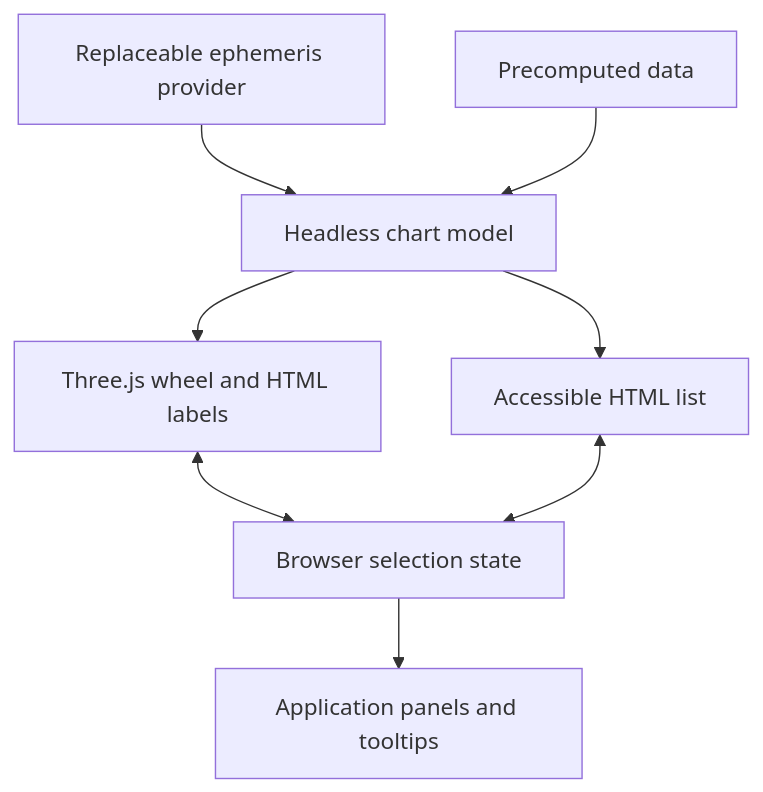
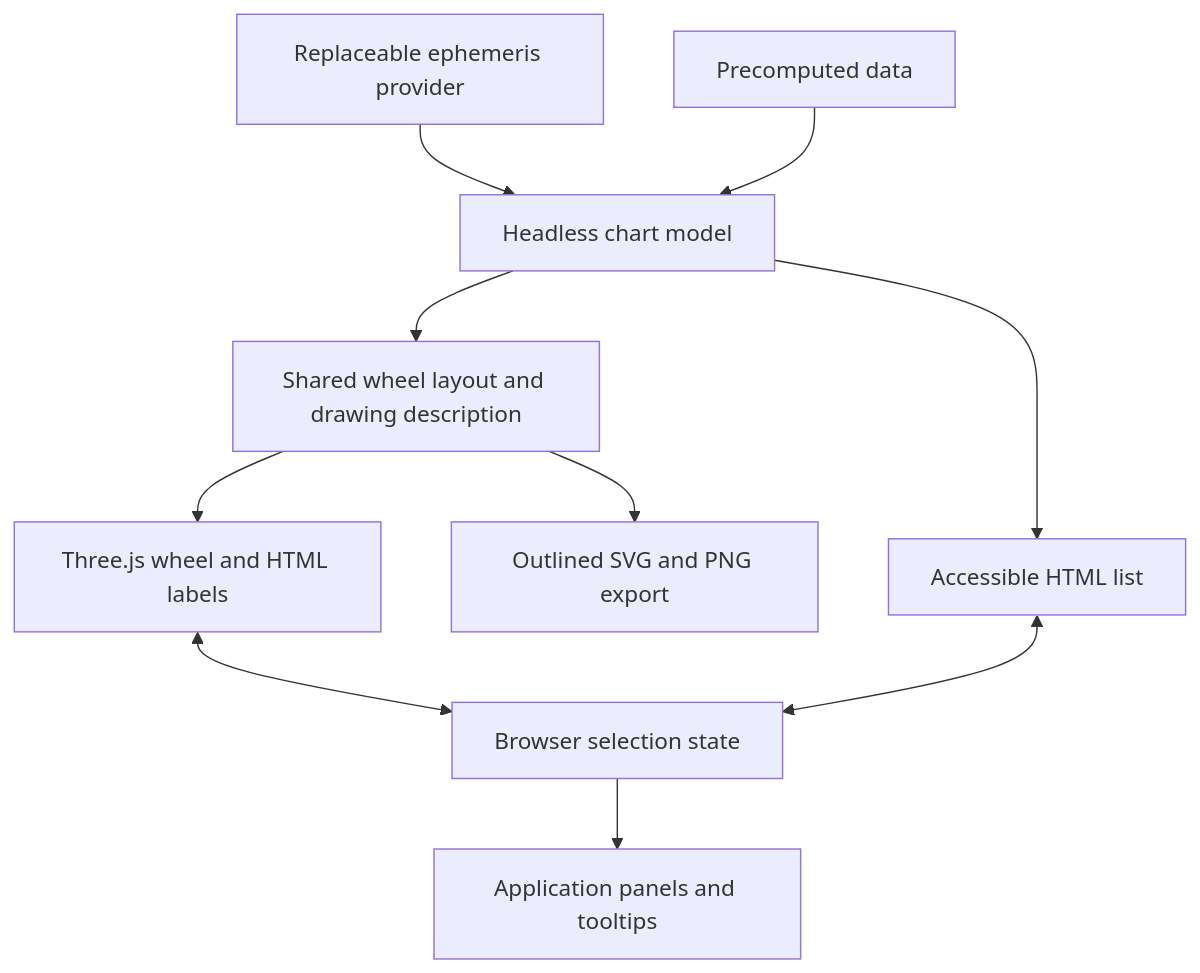
Before and after one commit to yuzuwoeser/astr3: the diagram in docs/architecture.md, drawn with Mermaid. The commit also changed other lines of this file and 29 other files, not shown here.

Commit message:
Add outlined SVG and PNG chart exports

````diff
--- a/docs/architecture.md
+++ b/docs/architecture.md
@@ -3,10 +3,12 @@
 ```mermaid
 flowchart TD
     P[Replaceable ephemeris provider] --> M[Headless chart model]
     D[Precomputed data] --> M
-    M --> R[Three.js wheel and HTML labels]
+    M --> L[Shared wheel layout and drawing description]
+    L --> R[Three.js wheel and HTML labels]
+    L --> E[Outlined SVG and PNG export]
     M --> A[Accessible HTML list]
     R <--> S[Browser selection state]
     A <--> S
     S --> U[Application panels and tooltips]
 ```
````
